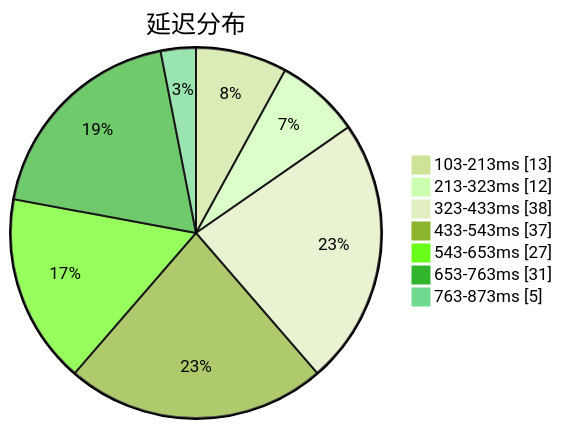
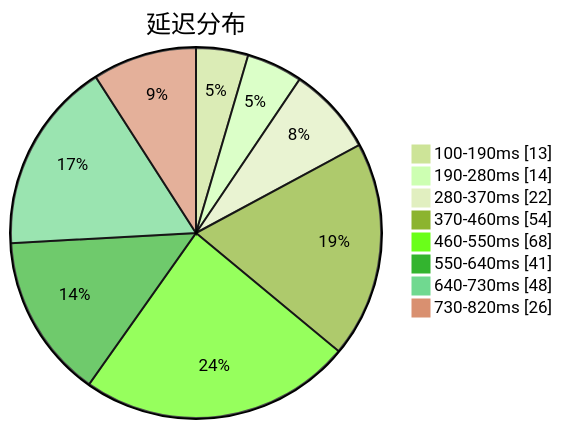
Before and after one commit to sinspired/airport: the first of 3 diagrams in subs/statistics/tested_within.md, drawn with Mermaid (forest theme). The commit also changed other lines of this file and 2 other files, not shown here.

````diff
--- a/subs/statistics/tested_within.md
+++ b/subs/statistics/tested_within.md
@@ -2,11 +2,12 @@
 ```mermaid
 pie showData
 title 延迟分布
-"103-213ms" : 13
-"213-323ms" : 12
-"323-433ms" : 38
-"433-543ms" : 37
-"543-653ms" : 27
-"653-763ms" : 31
-"763-873ms" : 5
+"100-190ms" : 13
+"190-280ms" : 14
+"280-370ms" : 22
+"370-460ms" : 54
+"460-550ms" : 68
+"550-640ms" : 41
+"640-730ms" : 48
+"730-820ms" : 26
 ```
````
